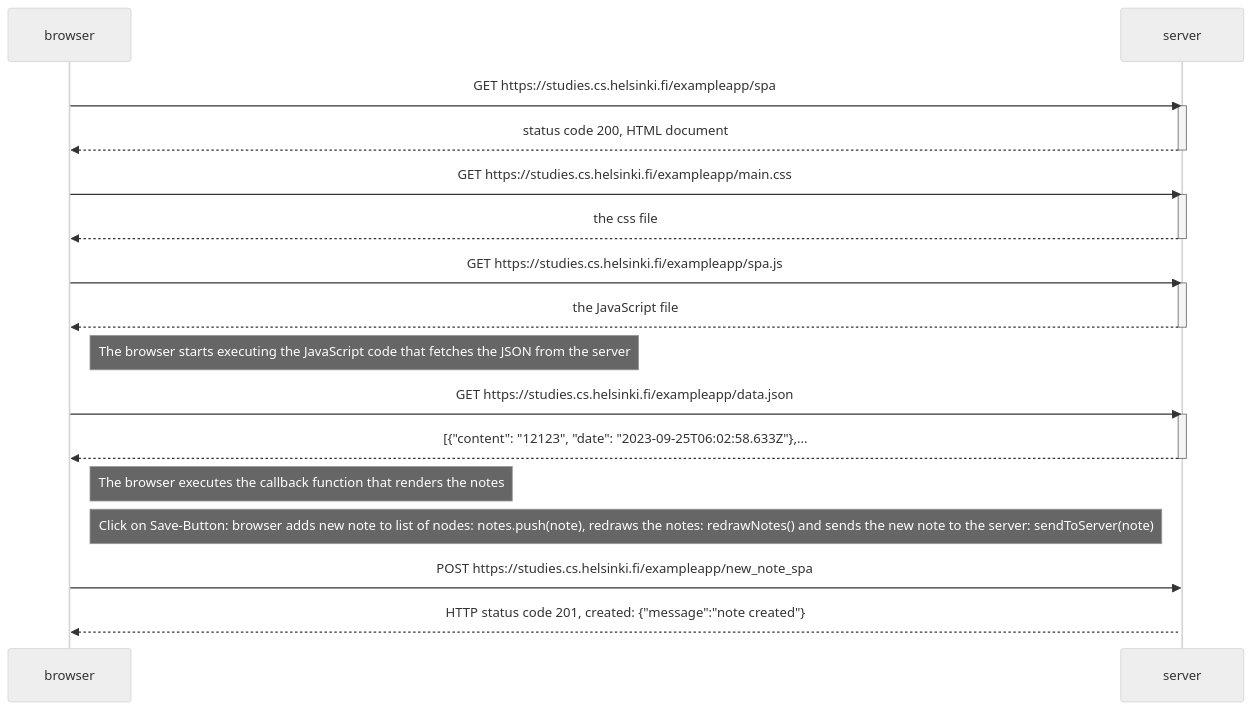
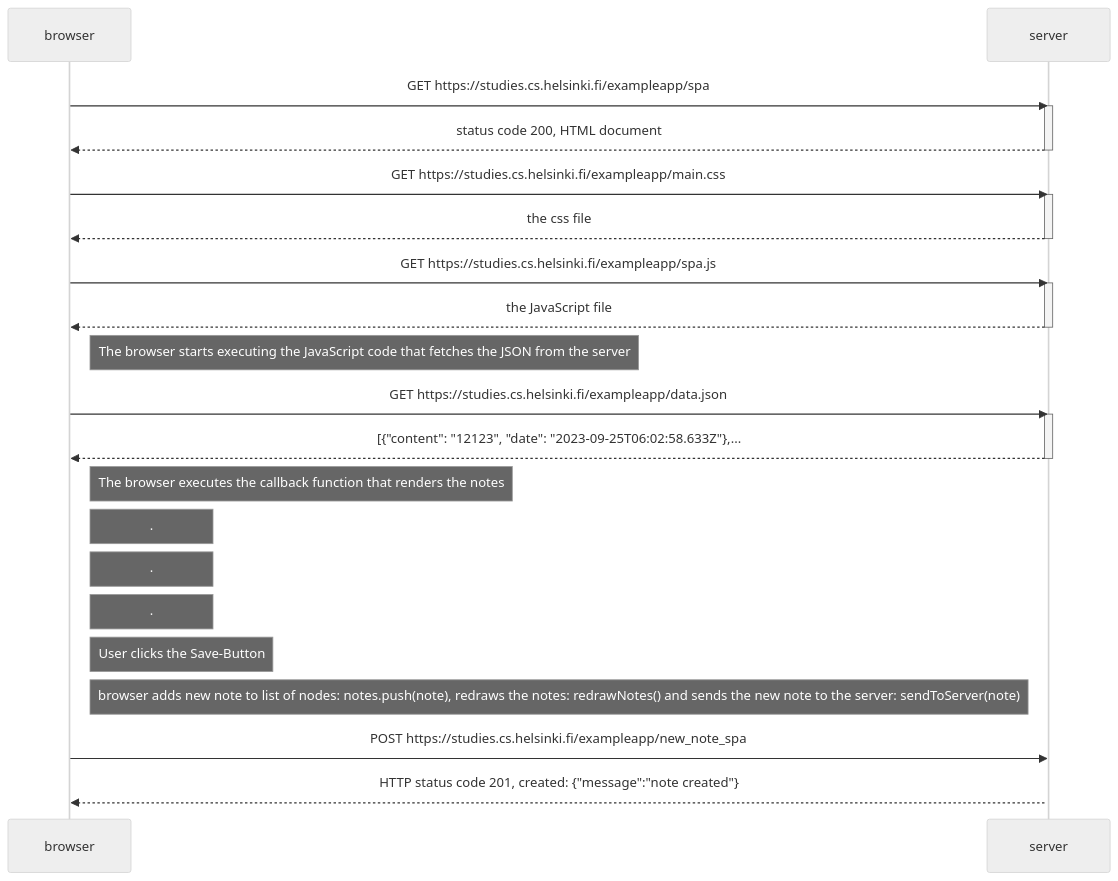
The diagram in part0/NewNoteSpa_Diagram.md (illestefan/FullstackOpen), drawn with Mermaid (neutral theme) before and after one commit. The commit also changed 1 other file, not shown here.

Commit message:
fixes to the diagrams

````diff
--- a/part0/NewNoteSpa_Diagram.md
+++ b/part0/NewNoteSpa_Diagram.md
@@ -1,35 +1,40 @@
 ```mermaid
 sequenceDiagram
     participant browser
     participant server
 
     browser->>server: GET https://studies.cs.helsinki.fi/exampleapp/spa
     activate server
     server-->>browser: status code 200, HTML document
     deactivate server
 
     browser->>server: GET https://studies.cs.helsinki.fi/exampleapp/main.css
     activate server
     server-->>browser: the css file
     deactivate server
 
     browser->>server: GET https://studies.cs.helsinki.fi/exampleapp/spa.js
     activate server
     server-->>browser: the JavaScript file
     deactivate server
 
     Note right of browser: The browser starts executing the JavaScript code that fetches the JSON from the server
 
     browser->>server: GET https://studies.cs.helsinki.fi/exampleapp/data.json
     activate server
     server-->>browser: [{"content": "12123", "date": "2023-09-25T06:02:58.633Z"},...
     deactivate server
 
     Note right of browser: The browser executes the callback function that renders the notes
 
-    Note right of browser: Click on Save-Button: browser adds new note to list of nodes: notes.push(note), redraws the notes: redrawNotes() and sends the new note to the server: sendToServer(note)
+    Note right of browser: .
+    Note right of browser: .
+    Note right of browser: .
+
+    Note right of browser: User clicks the Save-Button
+    Note right of browser: browser adds new note to list of nodes: notes.push(note), redraws the notes: redrawNotes() and sends the new note to the server: sendToServer(note)
 
     browser->>server: POST https://studies.cs.helsinki.fi/exampleapp/new_note_spa
     activate server
     server-->>browser: HTTP status code 201, created: {"message":"note created"}
 ```
````
